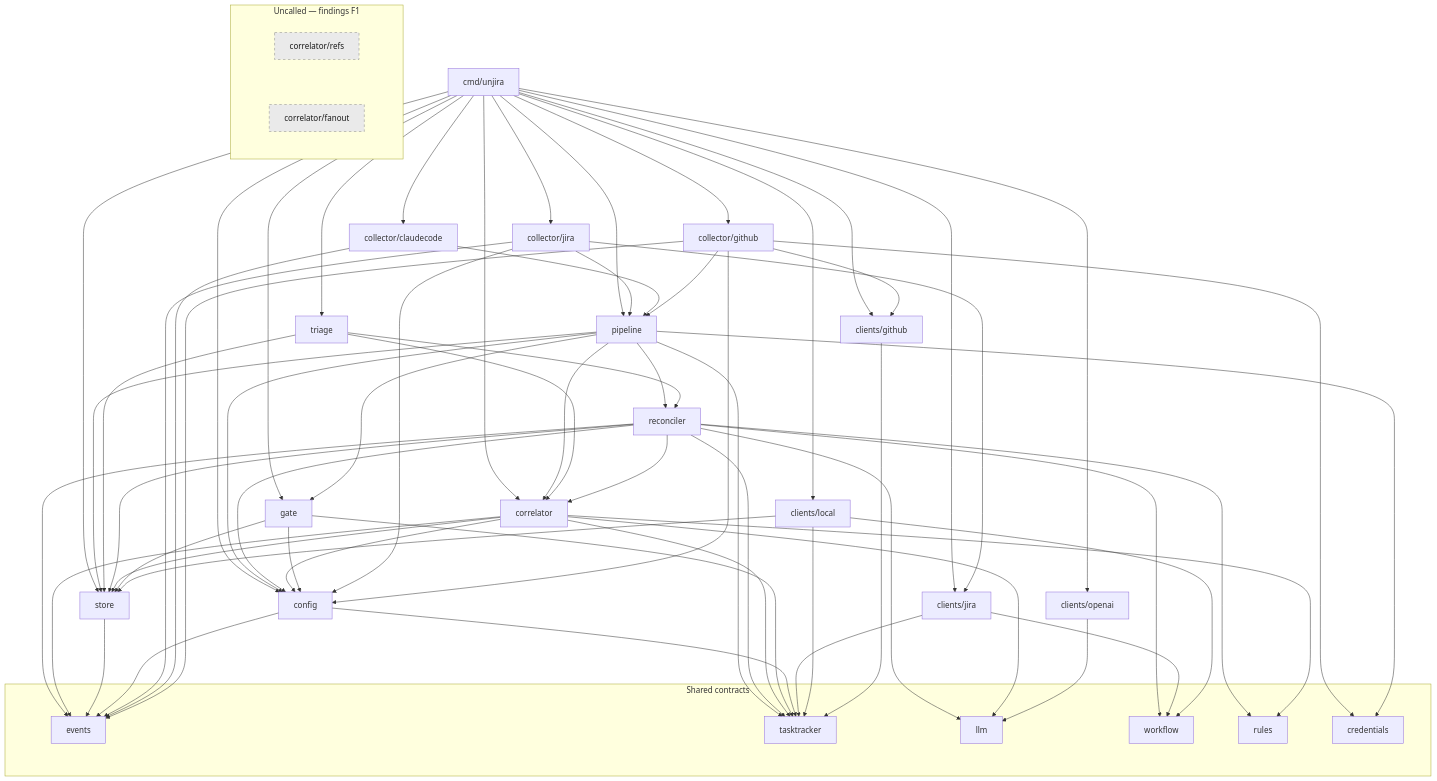
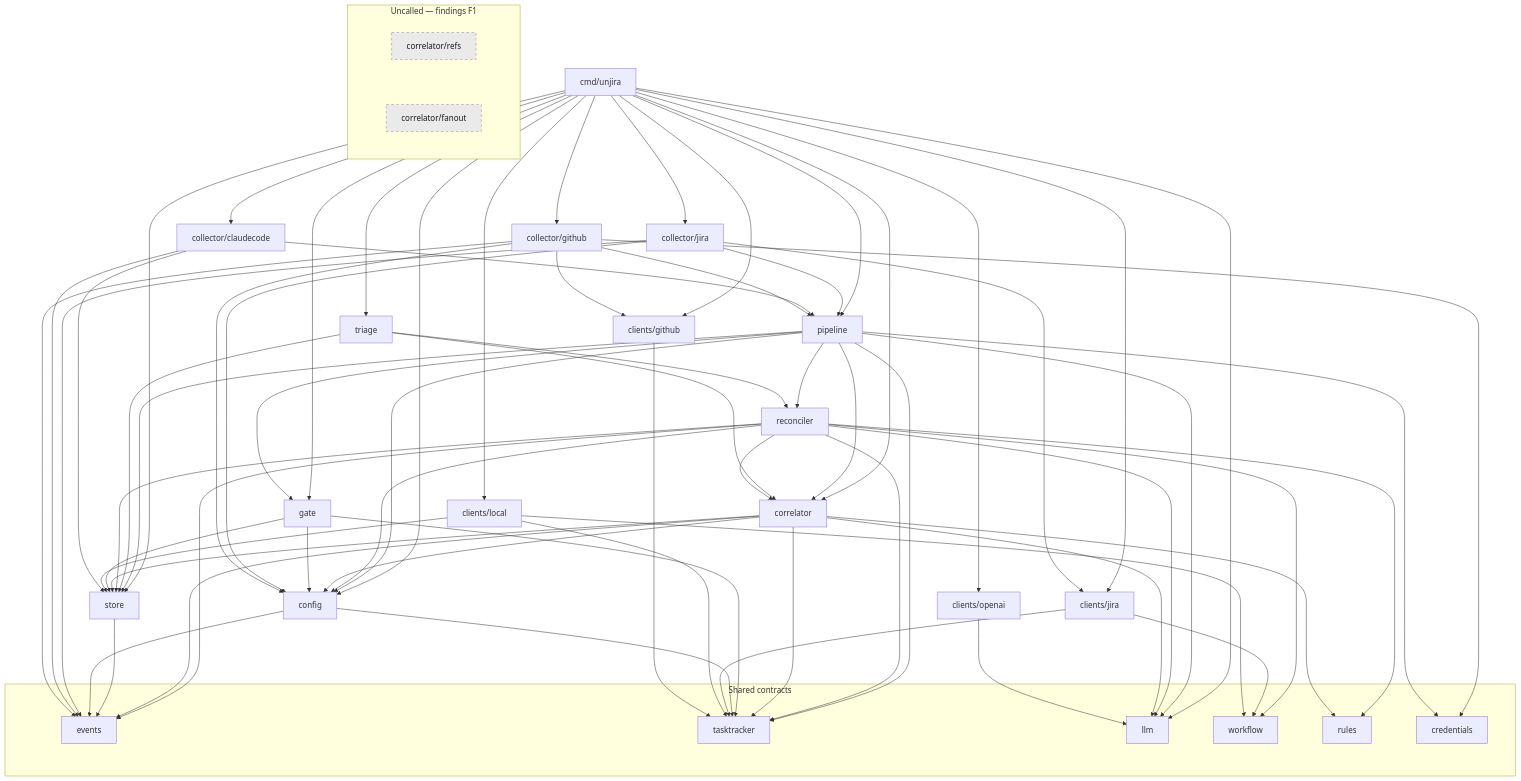
One commit to jcogilvie/unjira changed the fourth of 4 diagrams in docs/architecture.md. Above: the diagram before and after it, drawn with Mermaid. The commit also changed other lines of this file and 5 other files, not shown here.

````diff
--- a/docs/architecture.md
+++ b/docs/architecture.md
@@ -438,58 +458,59 @@
 ```mermaid
 ---
 config:
   nodeSpacing: 90
   rankSpacing: 130
 ---
 flowchart TB
     CMD["cmd/unjira"]
     PIPE["pipeline"]
     TRIAGE["triage"]
     RECON["reconciler"]
     CORR["correlator"]
     GATE["gate"]
     STORE["store"]
     CONFIG["config"]
     CJIRA["clients/jira"]
     CGH["clients/github"]
     CLOCAL["clients/local"]
     COAI["clients/openai"]
     COLLJ["collector/jira"]
     COLLC["collector/claudecode"]
     COLLGH["collector/github"]
 
     subgraph contracts["Shared contracts"]
         EVENTS["events"]
         TT["tasktracker"]
         LLM["llm"]
         WF["workflow"]
         RULES["rules"]
         CRED["credentials"]
     end
 
     subgraph orphans["Uncalled — findings F1"]
         REFS["correlator/refs"]
         FANOUT["correlator/fanout"]
     end
 
     CMD --> PIPE & TRIAGE & GATE & CORR & STORE & CONFIG
+    CMD --> LLM
     CMD --> CJIRA & CGH & CLOCAL & COAI & COLLJ & COLLC & COLLGH
-    PIPE --> RECON & CORR & GATE & STORE & CONFIG & TT
+    PIPE --> RECON & CORR & GATE & STORE & CONFIG & TT & LLM
     TRIAGE --> RECON & CORR & STORE
     RECON --> CORR & STORE & CONFIG & WF & LLM & RULES & EVENTS & TT
     CORR --> STORE & CONFIG & LLM & RULES & EVENTS & TT
     GATE --> STORE & CONFIG & TT
     STORE --> EVENTS
     CONFIG --> EVENTS & TT
     CJIRA --> TT & WF
     CLOCAL --> STORE & TT & WF
     COAI --> LLM
     COLLJ --> CJIRA & CONFIG & EVENTS & PIPE
-    COLLC --> EVENTS & PIPE
+    COLLC --> EVENTS & PIPE & STORE
     COLLGH --> CGH & CONFIG & EVENTS & PIPE & CRED
     CGH --> TT
     PIPE --> CRED
 
     classDef orphan fill:#eaeaea,stroke:#888,stroke-dasharray: 5 5,color:#1a1a1a
     class REFS,FANOUT orphan
 ```
````
